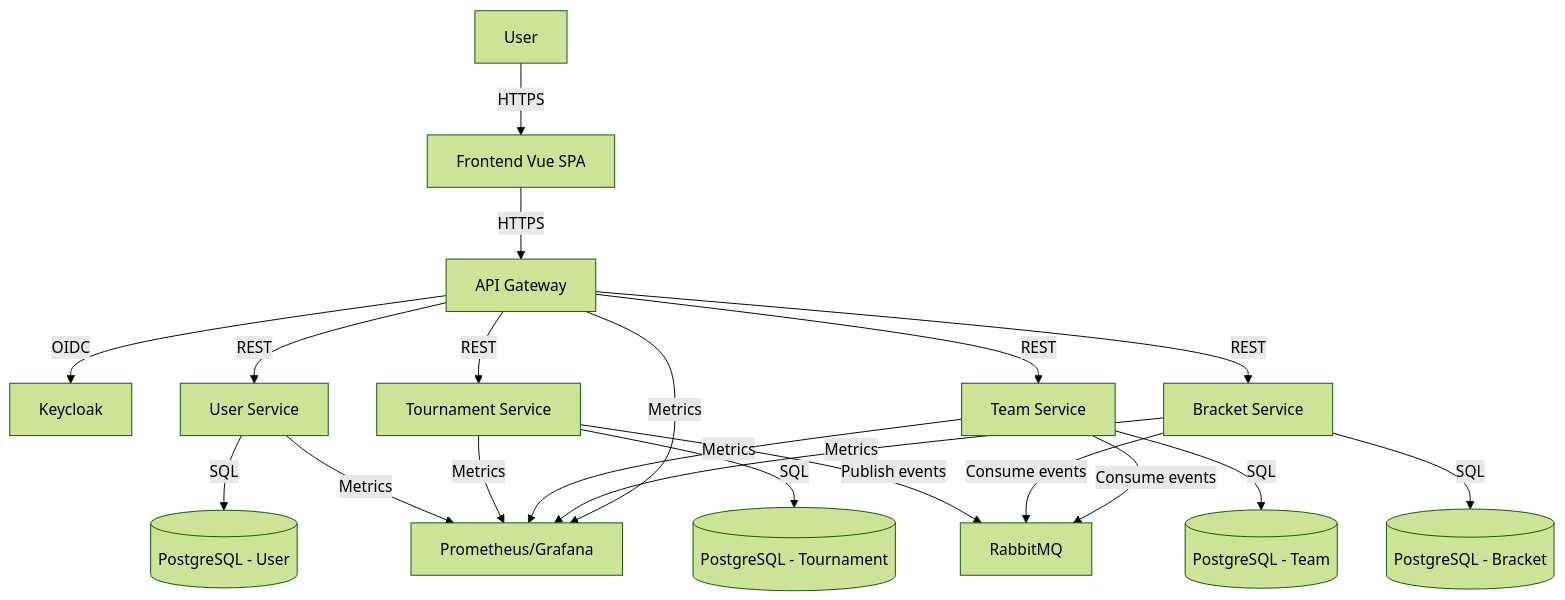
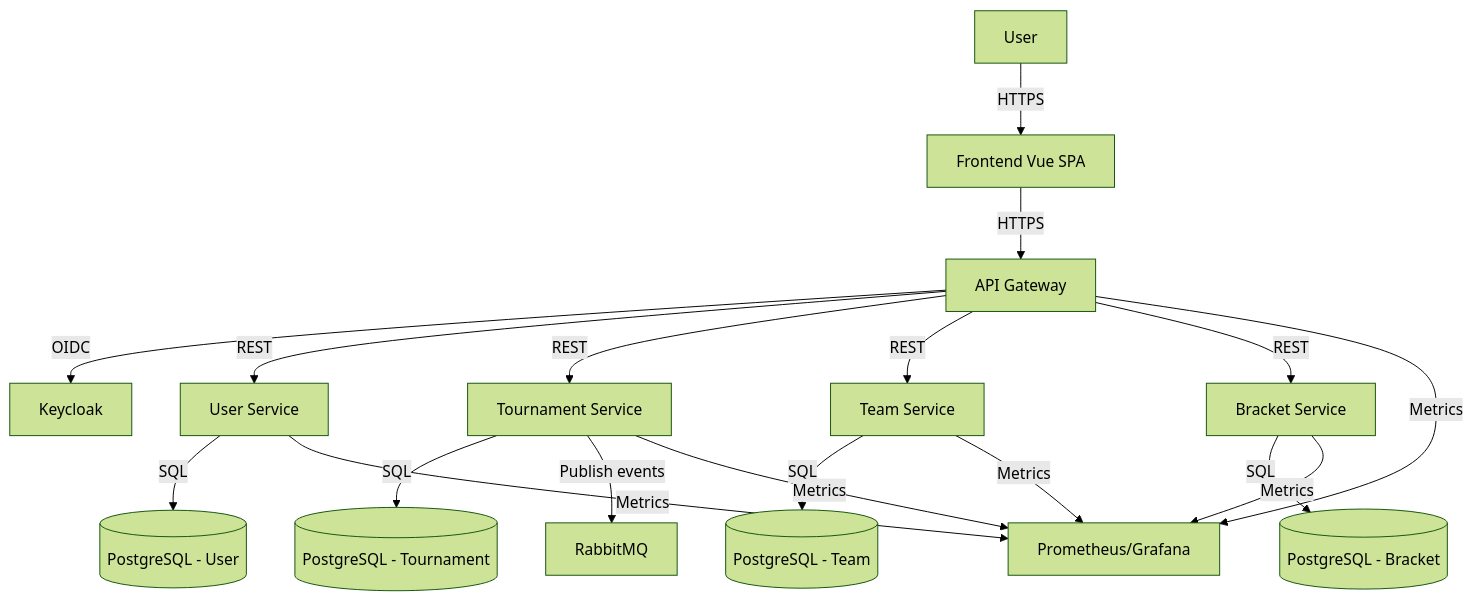
Before and after one commit to Dispatch7478/m7011e-project: the diagram in report/architecture.md, drawn with Mermaid (forest theme).

Commit message:
edited the diagram

````diff
--- a/report/architecture.md
+++ b/report/architecture.md
@@ -2,26 +2,24 @@
 ```mermaid
 graph TD
   User[User] -->|HTTPS| FE[Frontend Vue SPA]
   FE -->|HTTPS| APIGW[API Gateway]
   APIGW -->|OIDC| KC[Keycloak]
 
   APIGW -->|REST| US[User Service]
   APIGW -->|REST| TS[Tournament Service]
   APIGW -->|REST| TeamS[Team Service]
   APIGW -->|REST| BS[Bracket Service]
 
   US -->|SQL| UDB[(PostgreSQL - User)]
   TS -->|SQL| TDB[(PostgreSQL - Tournament)]
   TeamS -->|SQL| TeamDB[(PostgreSQL - Team)]
   BS -->|SQL| BDB[(PostgreSQL - Bracket)]
 
   TS -->|Publish events| MQ[RabbitMQ]
-  BS -->|Consume events| MQ
-  TeamS -->|Consume events| MQ
 
   US -->|Metrics| Mon[Prometheus/Grafana]
   TS -->|Metrics| Mon
   TeamS -->|Metrics| Mon
   BS -->|Metrics| Mon
   APIGW -->|Metrics| Mon
 ```
````
